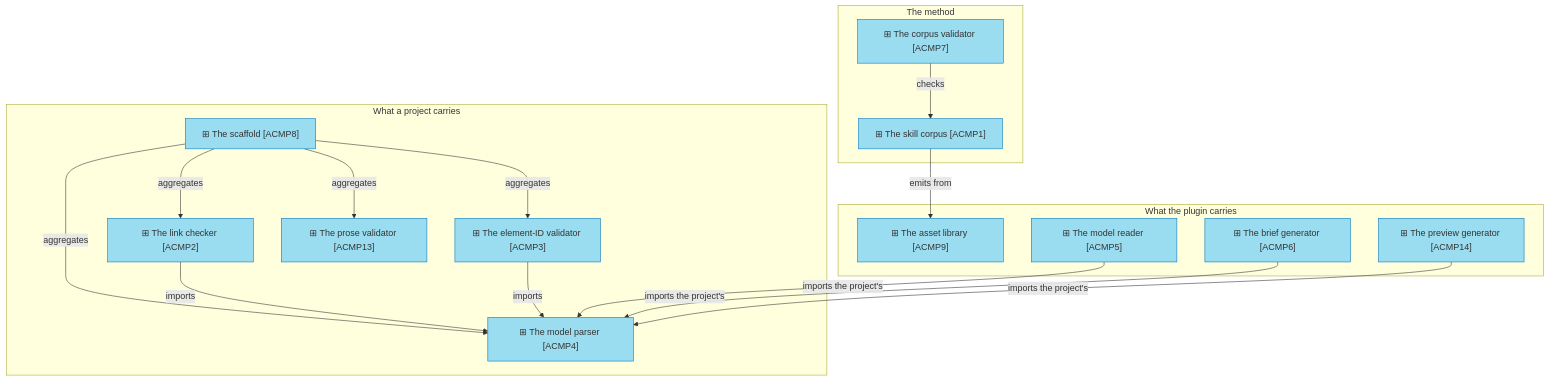
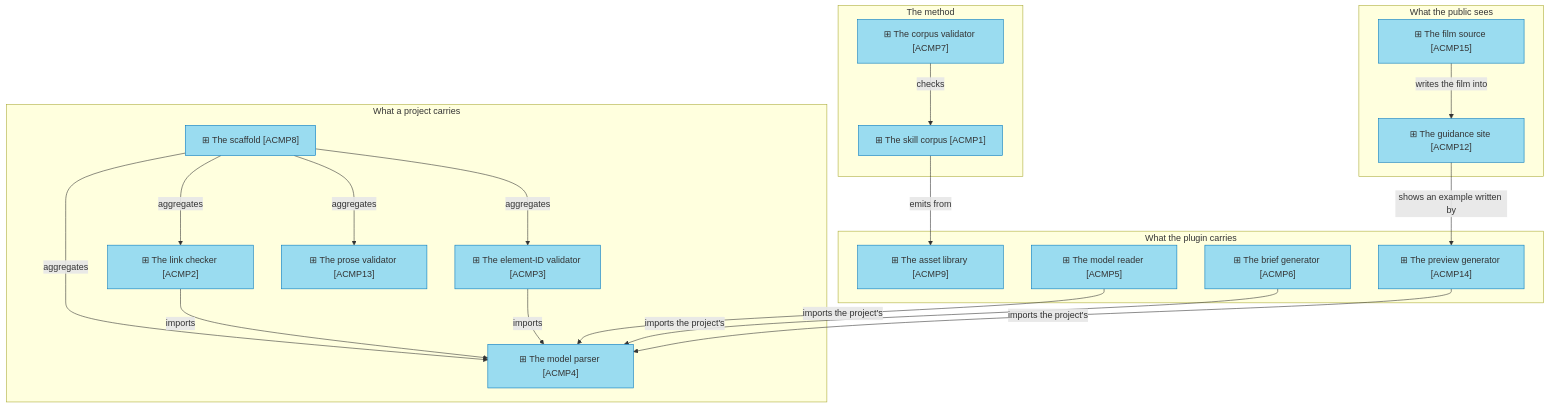
One commit to roanboc/architecture-archreator changed the diagram in product-archreator/architecture/4_application/2_application-components.md. Above: the diagram before and after it, drawn with Mermaid. The commit also changed other lines of this file and 5 other files, not shown here.

````diff
--- a/product-archreator/architecture/4_application/2_application-components.md
+++ b/product-archreator/architecture/4_application/2_application-components.md
@@ -14,34 +14,40 @@
 ```mermaid
 flowchart TB
   subgraph corpus["The method"]
     c1["⊞ The skill corpus [ACMP1]"]:::app
     c7["⊞ The corpus validator [ACMP7]"]:::app
   end
   subgraph project["What a project carries"]
     c8["⊞ The scaffold [ACMP8]"]:::app
     c2["⊞ The link checker [ACMP2]"]:::app
     c3["⊞ The element-ID validator [ACMP3]"]:::app
     c4["⊞ The model parser [ACMP4]"]:::app
     c13["⊞ The prose validator [ACMP13]"]:::app
   end
   subgraph plugin["What the plugin carries"]
     c9["⊞ The asset library [ACMP9]"]:::app
     c5["⊞ The model reader [ACMP5]"]:::app
     c6["⊞ The brief generator [ACMP6]"]:::app
     c14["⊞ The preview generator [ACMP14]"]:::app
   end
+  subgraph public["What the public sees"]
+    c12["⊞ The guidance site [ACMP12]"]:::app
+    c15["⊞ The film source [ACMP15]"]:::app
+  end
 
   c7 -->|checks| c1
   c8 -->|aggregates| c2
   c8 -->|aggregates| c3
   c8 -->|aggregates| c4
   c8 -->|aggregates| c13
   c2 -->|imports| c4
   c3 -->|imports| c4
   c5 -->|imports the project's| c4
   c6 -->|imports the project's| c4
   c14 -->|imports the project's| c4
+  c12 -->|shows an example written by| c14
+  c15 -->|writes the film into| c12
   c1 -->|emits from| c9
 
   classDef app fill:#9adcf0,stroke:#0277bd,color:#333
 ```
````
